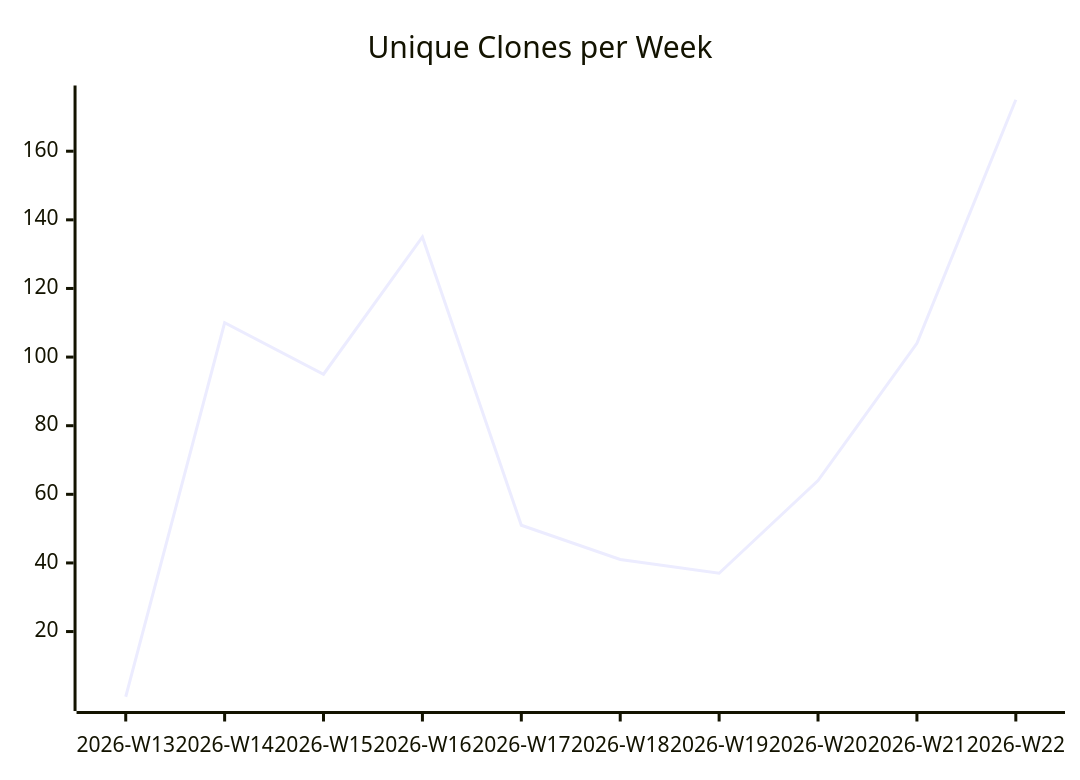
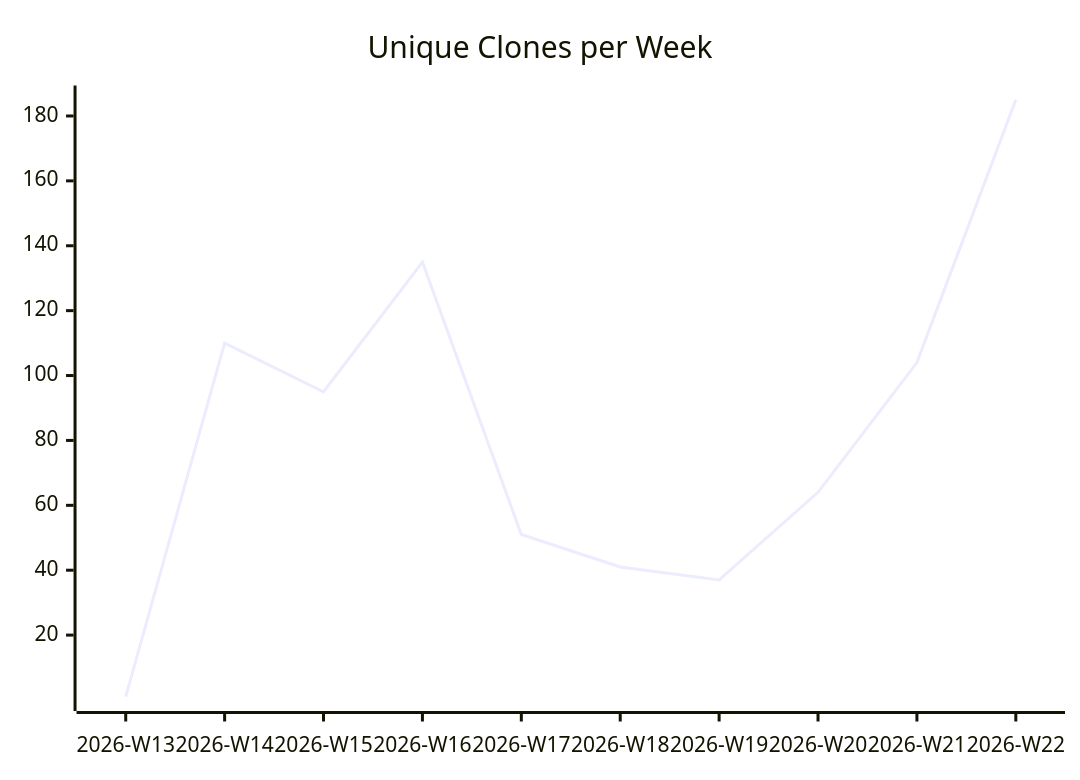
Before and after one commit to justdavis-family/github-analytics-data: the third of 3 diagrams in justdavis-family/justdavis/README.md, drawn with Mermaid. The commit also changed other lines of this file and 191 other files, not shown here.

````diff
--- a/justdavis-family/justdavis/README.md
+++ b/justdavis-family/justdavis/README.md
@@ -19,6 +19,6 @@
 ```mermaid
 xychart-beta
   title "Unique Clones per Week"
   x-axis ["2026-W13", "2026-W14", "2026-W15", "2026-W16", "2026-W17", "2026-W18", "2026-W19", "2026-W20", "2026-W21", "2026-W22"]
-  line [1, 110, 95, 135, 51, 41, 37, 64, 104, 175]
+  line [1, 110, 95, 135, 51, 41, 37, 64, 104, 185]
 ```
````
